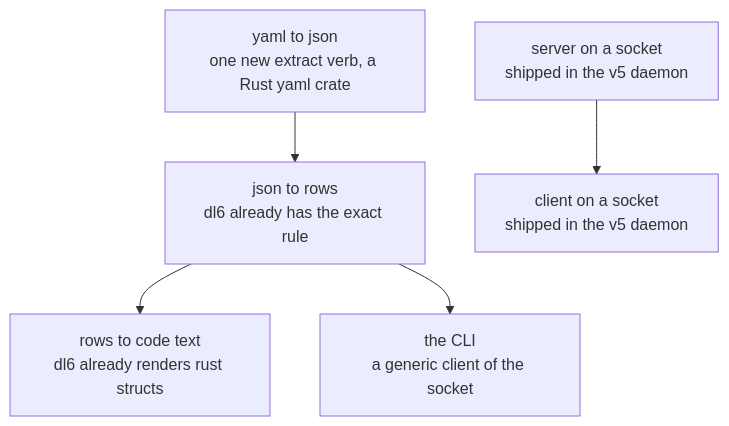
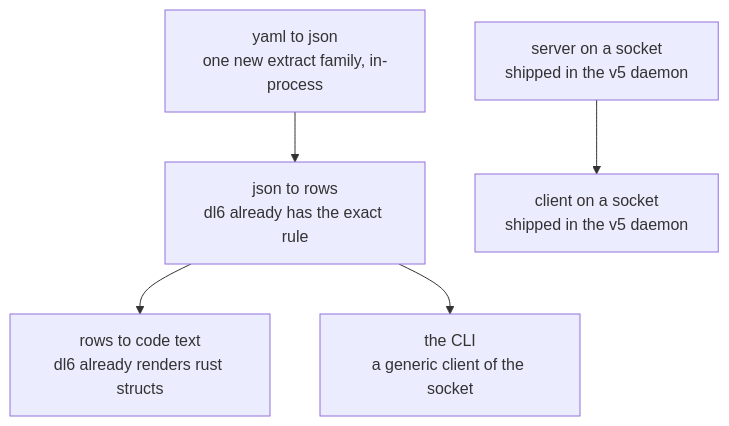
Before and after one commit to hafley66/sprefa: the third of 5 diagrams in plans/2026-08-17-openapi-clap-uds.PLAN.visual.human.unga.md, drawn with Mermaid. The commit also changed other lines of this file and 1 other file, not shown here.

Commit message:
plan: yaml is an extract family through the hosted extract template, never a shell escape

````diff
--- a/plans/2026-08-17-openapi-clap-uds.PLAN.visual.human.unga.md
+++ b/plans/2026-08-17-openapi-clap-uds.PLAN.visual.human.unga.md
@@ -46,12 +46,12 @@
 ```mermaid
 flowchart TD
-  A["yaml to json<br/>one new extract verb, a Rust yaml crate"]
+  A["yaml to json<br/>one new extract family, in-process"]
   B["json to rows<br/>dl6 already has the exact rule"]
   C["rows to code text<br/>dl6 already renders rust structs"]
   D["server on a socket<br/>shipped in the v5 daemon"]
   E["client on a socket<br/>shipped in the v5 daemon"]
   F["the CLI<br/>a generic client of the socket"]
   A --> B --> C
   B --> F
   D --> E
 ```
````
